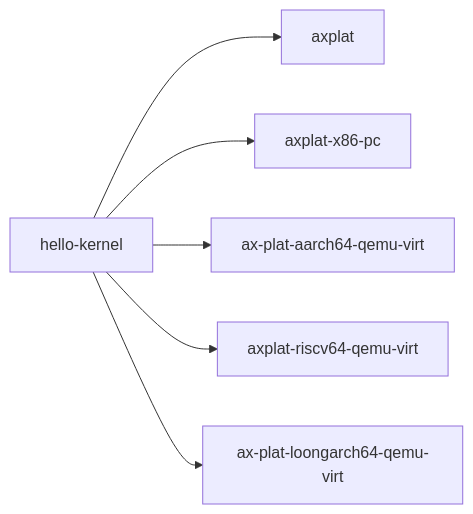
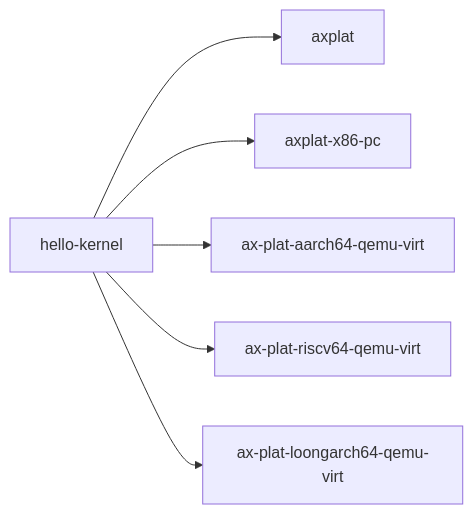
The second of 2 diagrams in docs/crates/hello-kernel.md (zKurisu/tgoskits), drawn with Mermaid before and after one commit. The commit also changed other lines of this file and 41 other files, not shown here.

Commit message:
rename axplat-riscv64-qemu-virt to ax-plat-riscv64-qemu-virt

````diff
--- a/docs/crates/hello-kernel.md
+++ b/docs/crates/hello-kernel.md
@@ -78,8 +78,8 @@
 ```mermaid
 graph LR
     sample["hello-kernel"] --> axplat["axplat"]
     sample --> x86["axplat-x86-pc"]
     sample --> a64["ax-plat-aarch64-qemu-virt"]
-    sample --> rv["axplat-riscv64-qemu-virt"]
+    sample --> rv["ax-plat-riscv64-qemu-virt"]
     sample --> loong["ax-plat-loongarch64-qemu-virt"]
 ```
````
